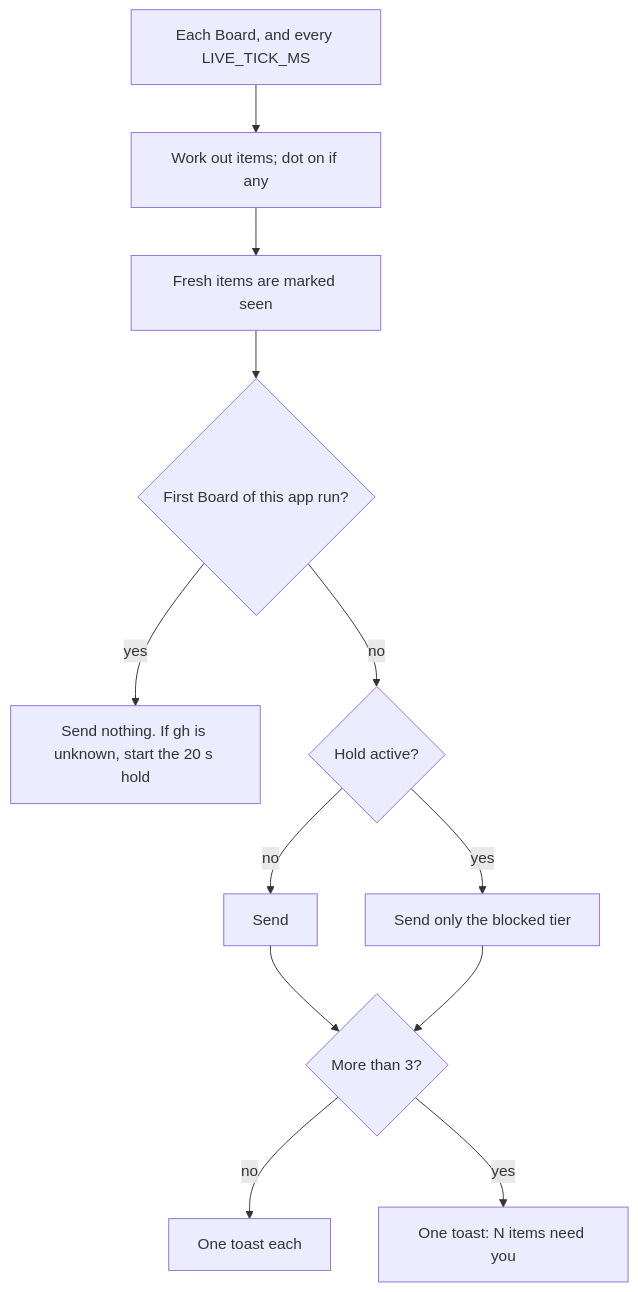
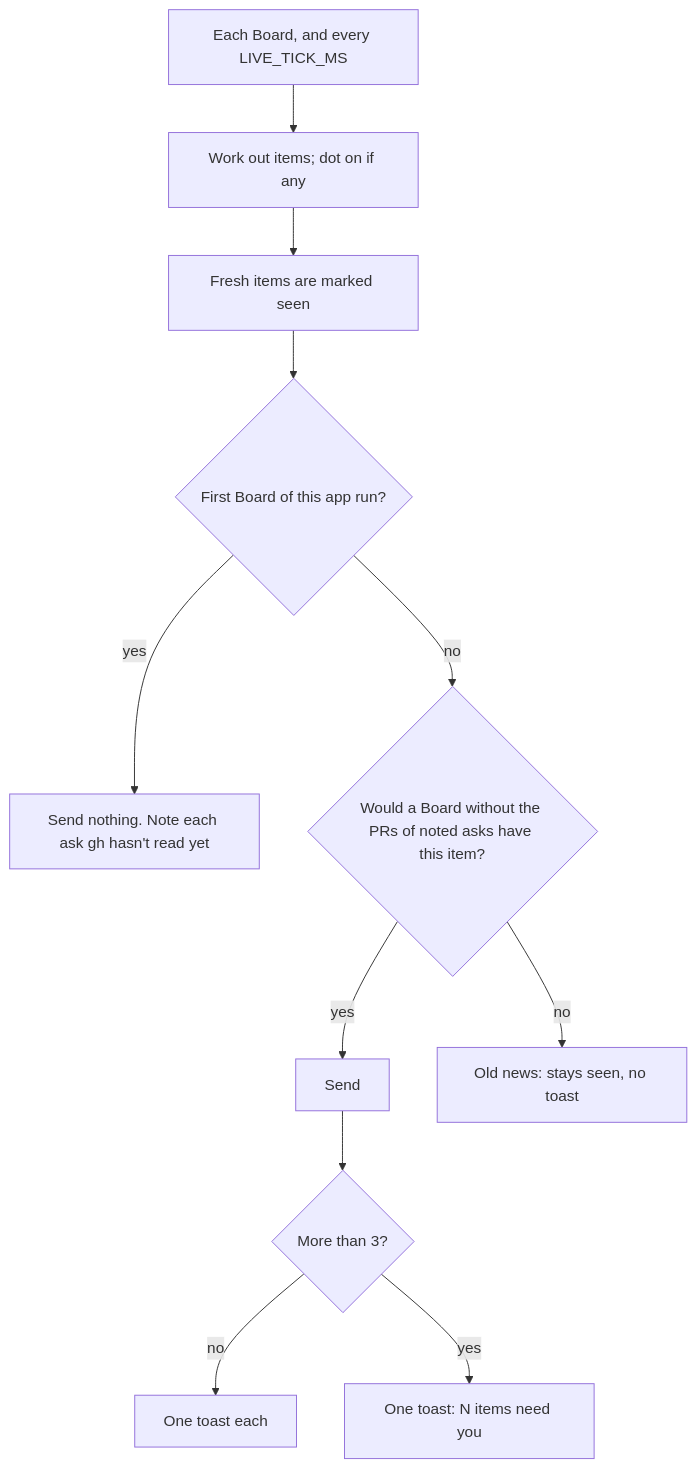
One commit to alvionlabs/open-aflow changed the diagram in pod-docs/feature-details/toasts.md. Above: the diagram before and after it, drawn with Mermaid. The commit also changed other lines of this file and 4 other files, not shown here.

````diff
--- a/pod-docs/feature-details/toasts.md
+++ b/pod-docs/feature-details/toasts.md
@@ -17,14 +17,13 @@
 ```mermaid
 flowchart TD
   P[Each Board, and every LIVE_TICK_MS] --> I[Work out items; dot on if any]
   I --> F[Fresh items are marked seen]
   F --> B{First Board of this app run?}
-  B -->|yes| Q[Send nothing. If gh is unknown, start the 20 s hold]
-  B -->|no| H{Hold active?}
-  H -->|no| S[Send]
-  H -->|yes| T[Send only the blocked tier]
+  B -->|yes| Q[Send nothing. Note each ask gh hasn't read yet]
+  B -->|no| H{Would a Board without the PRs of noted asks have this item?}
+  H -->|yes| S[Send]
+  H -->|no| T[Old news: stays seen, no toast]
   S --> C{More than 3?}
-  T --> C
   C -->|no| E[One toast each]
   C -->|yes| O[One toast: N items need you]
 ```
````
